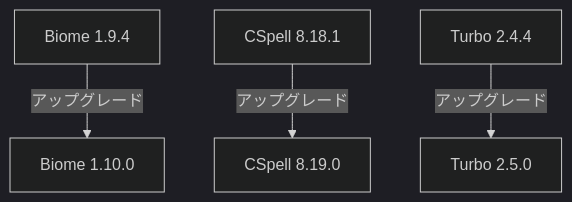
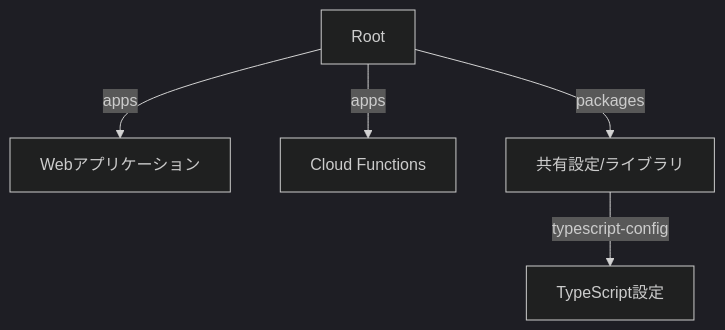
The diagram in docs/PROJECT_ANALYSIS.md (nothink-jp/suzumina.click), drawn with Mermaid (dark theme) before and after one commit. The commit also changed other lines of this file and 32 other files, not shown here.

````diff
--- a/docs/PROJECT_ANALYSIS.md
+++ b/docs/PROJECT_ANALYSIS.md
@@ -44,6 +7,7 @@
 ```mermaid
 graph TD
-    A[Biome 1.9.4] -->|アップグレード| B[Biome 1.10.0]
-    C[CSpell 8.18.1] -->|アップグレード| D[CSpell 8.19.0]
-    E[Turbo 2.4.4] -->|アップグレード| F[Turbo 2.5.0]
+    A[Root] -->|apps| B[Webアプリケーション]
+    A -->|apps| C[Cloud Functions]
+    A -->|packages| D[共有設定/ライブラリ]
+    D -->|typescript-config| E[TypeScript設定]
 ```
````
